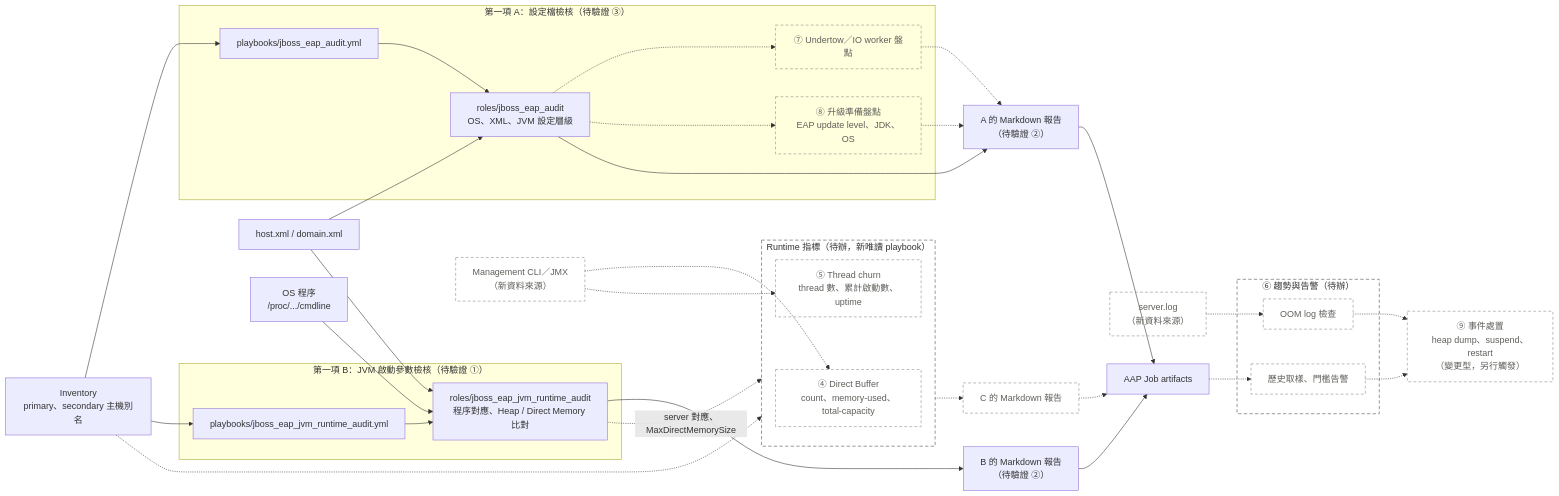
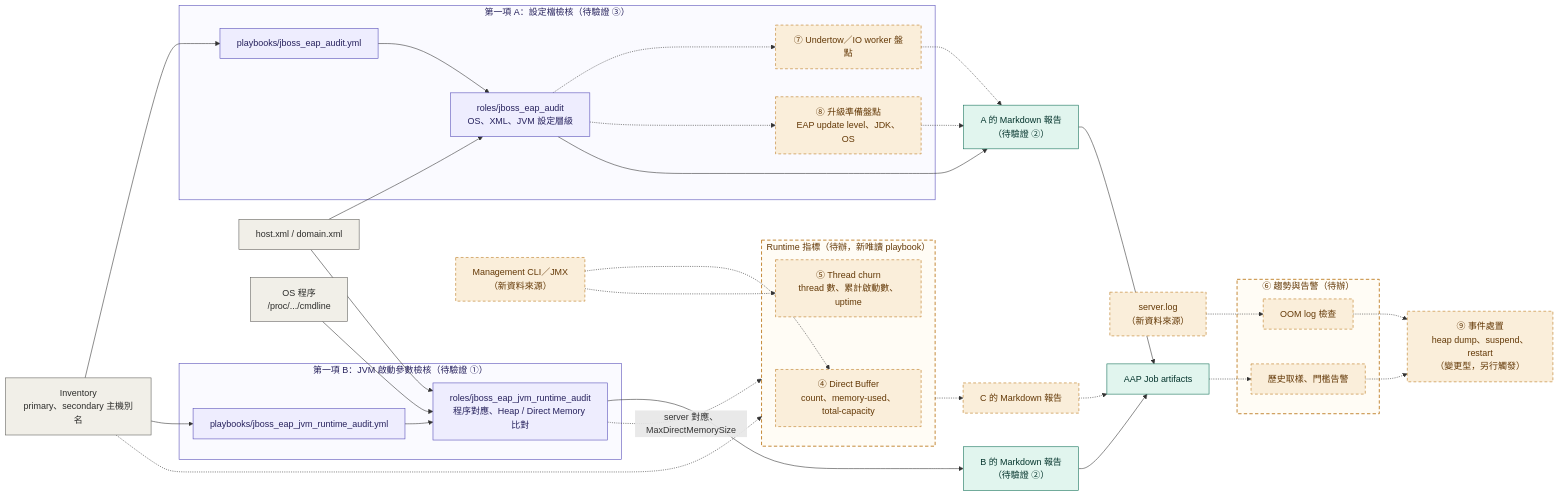
One commit to hazel-shen/jboss-eap-playbooks changed the diagram in README.md. Above: the diagram before and after it, drawn with Mermaid.

Commit message:
Refactor class definitions and styles in README
Updated class definitions and styles in the diagram section of the README.

````diff
--- a/README.md
+++ b/README.md
@@ -143,63 +143,73 @@
 ```mermaid
 flowchart LR
     I["Inventory<br/>primary、secondary 主機別名"]
     X["host.xml / domain.xml"]
     P["OS 程序<br/>/proc/.../cmdline"]
     MC["Management CLI／JMX<br/>（新資料來源）"]
     SL["server.log<br/>（新資料來源）"]
 
     subgraph A["第一項 A：設定檔檢核（待驗證 ③）"]
         PA["playbooks/jboss_eap_audit.yml"]
         RA["roles/jboss_eap_audit<br/>OS、XML、JVM 設定層級"]
         AU["⑦ Undertow／IO worker 盤點"]
         AV["⑧ 升級準備盤點<br/>EAP update level、JDK、OS"]
         PA --> RA
         RA -.-> AU
         RA -.-> AV
     end
 
     subgraph B["第一項 B：JVM 啟動參數檢核（待驗證 ①）"]
         PB["playbooks/jboss_eap_jvm_runtime_audit.yml"]
         RB["roles/jboss_eap_jvm_runtime_audit<br/>程序對應、Heap / Direct Memory 比對"]
         PB --> RB
     end
 
     subgraph C["Runtime 指標（待辦，新唯讀 playbook）"]
         DB["④ Direct Buffer<br/>count、memory-used、total-capacity"]
         TC["⑤ Thread churn<br/>thread 數、累計啟動數、uptime"]
     end
 
     I --> PA
     I --> PB
     I -.-> C
     X --> RA
     X --> RB
     P --> RB
     MC -.-> DB
     MC -.-> TC
     RB -.->|"server 對應、MaxDirectMemorySize"| C
 
     RA --> OA["A 的 Markdown 報告<br/>（待驗證 ②）"]
     AU -.-> OA
     AV -.-> OA
     RB --> OB["B 的 Markdown 報告<br/>（待驗證 ②）"]
     C -.-> OC["C 的 Markdown 報告"]
     OA --> API["AAP Job artifacts"]
     OB --> API
     OC -.-> API
 
     subgraph TR["⑥ 趨勢與告警（待辦）"]
         HIS["歷史取樣、門檻告警"]
         LOG["OOM log 檢查"]
     end
 
     API -.-> HIS
     SL -.-> LOG
     HIS -.-> EV["⑨ 事件處置<br/>heap dump、suspend、restart<br/>（變更型，另行觸發）"]
     LOG -.-> EV
 
-    classDef todo fill:transparent,stroke:#888780,stroke-dasharray:5 4,color:#5F5E5A
+    classDef source fill:#F1EFE8,stroke:#5F5E5A,color:#2C2C2A
+    classDef playbook fill:#EEEDFE,stroke:#534AB7,color:#26215C
+    classDef output fill:#E1F5EE,stroke:#0F6E56,color:#04342C
+    classDef todo fill:#FAEEDA,stroke:#BA7517,color:#633806,stroke-dasharray:5 4
+
+    class I,X,P source
+    class PA,RA,PB,RB playbook
+    class OA,OB,API output
     class MC,SL,AU,AV,DB,TC,OC,HIS,LOG,EV todo
-    style C fill:transparent,stroke:#888780,stroke-width:1.5px,stroke-dasharray:6 4
-    style TR fill:transparent,stroke:#888780,stroke-width:1.5px,stroke-dasharray:6 4
+
+    style A fill:#FAFAFF,stroke:#534AB7,color:#26215C
+    style B fill:#FAFAFF,stroke:#534AB7,color:#26215C
+    style C fill:#FFFCF5,stroke:#BA7517,color:#633806,stroke-width:1.5px,stroke-dasharray:6 4
+    style TR fill:#FFFCF5,stroke:#BA7517,color:#633806,stroke-width:1.5px,stroke-dasharray:6 4
 ```
````
